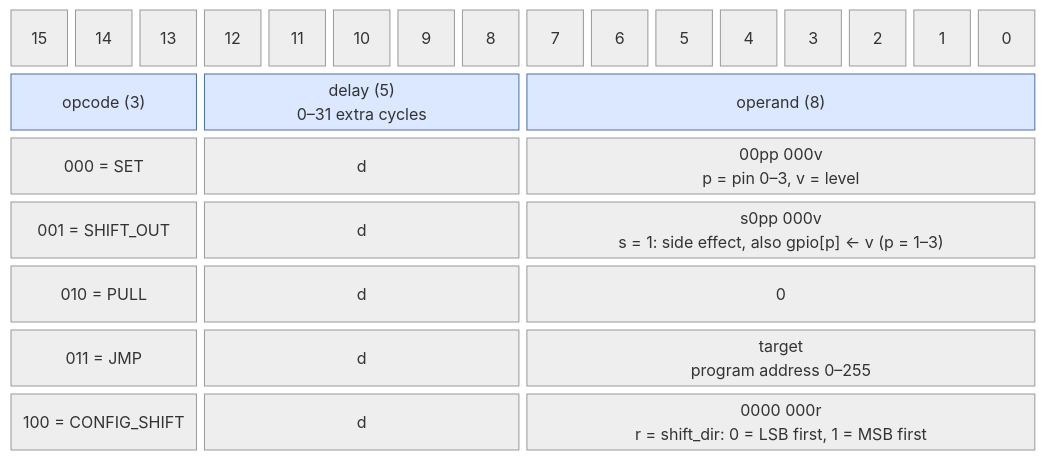
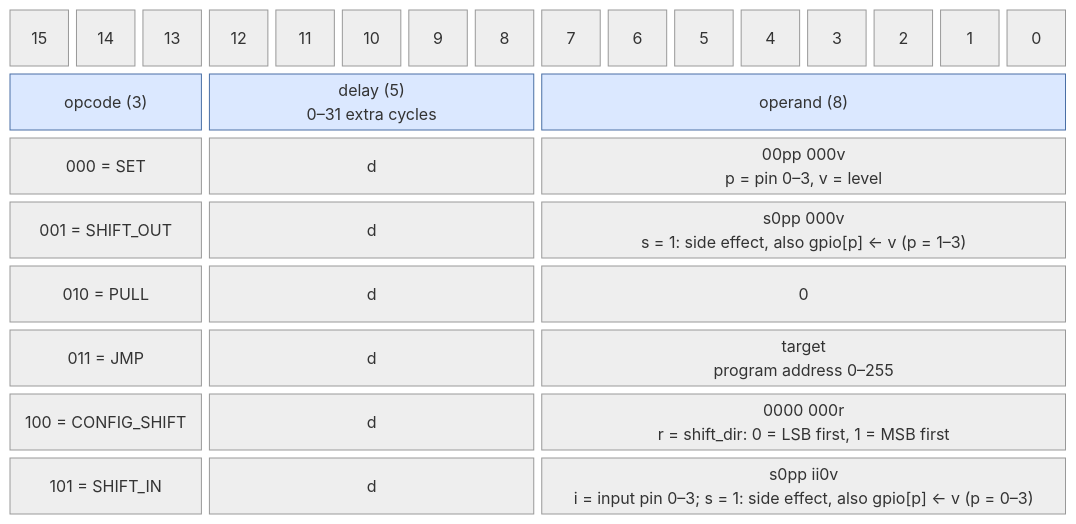
One commit to cshieldsce/smallcore changed the diagram in docs/isa_encoding.mmd. Above: the diagram before and after it, drawn with Mermaid (neutral theme). The commit also changed 9 other files, not shown here.

Commit message:
update diagrams for shift_in

```diff
--- a/docs/isa_encoding.mmd
+++ b/docs/isa_encoding.mmd
@@ -1,15 +1,16 @@
 block-beta
   columns 16
   b15["15"] b14["14"] b13["13"] b12["12"] b11["11"] b10["10"] b9["9"] b8["8"]
   b7["7"] b6["6"] b5["5"] b4["4"] b3["3"] b2["2"] b1["1"] b0["0"]
   opcode["opcode (3)"]:3 delay["delay (5)<br/>0–31 extra cycles"]:5 operand["operand (8)"]:8
   set["000 = SET"]:3 setd["d"]:5 setop["00pp 000v<br/>p = pin 0–3, v = level"]:8
   shift["001 = SHIFT_OUT"]:3 shiftd["d"]:5 shiftop["s0pp 000v<br/>s = 1: side effect, also gpio[p] ← v (p = 1–3)"]:8
   pull["010 = PULL"]:3 pulld["d"]:5 pullop["0"]:8
   jmp["011 = JMP"]:3 jmpd["d"]:5 jmpop["target<br/>program address 0–255"]:8
   cfg["100 = CONFIG_SHIFT"]:3 cfgd["d"]:5 cfgop["0000 000r<br/>r = shift_dir: 0 = LSB first, 1 = MSB first"]:8
+  shin["101 = SHIFT_IN"]:3 shind["d"]:5 shinop["s0pp ii0v<br/>i = input pin 0–3; s = 1: side effect, also gpio[p] ← v (p = 0–3)"]:8
 
   classDef hdr fill:#eee,stroke:#999,color:#555
   classDef field fill:#dbe8ff,stroke:#4a6fa5
   class b15,b14,b13,b12,b11,b10,b9,b8,b7,b6,b5,b4,b3,b2,b1,b0 hdr
   class opcode,delay,operand field
```
